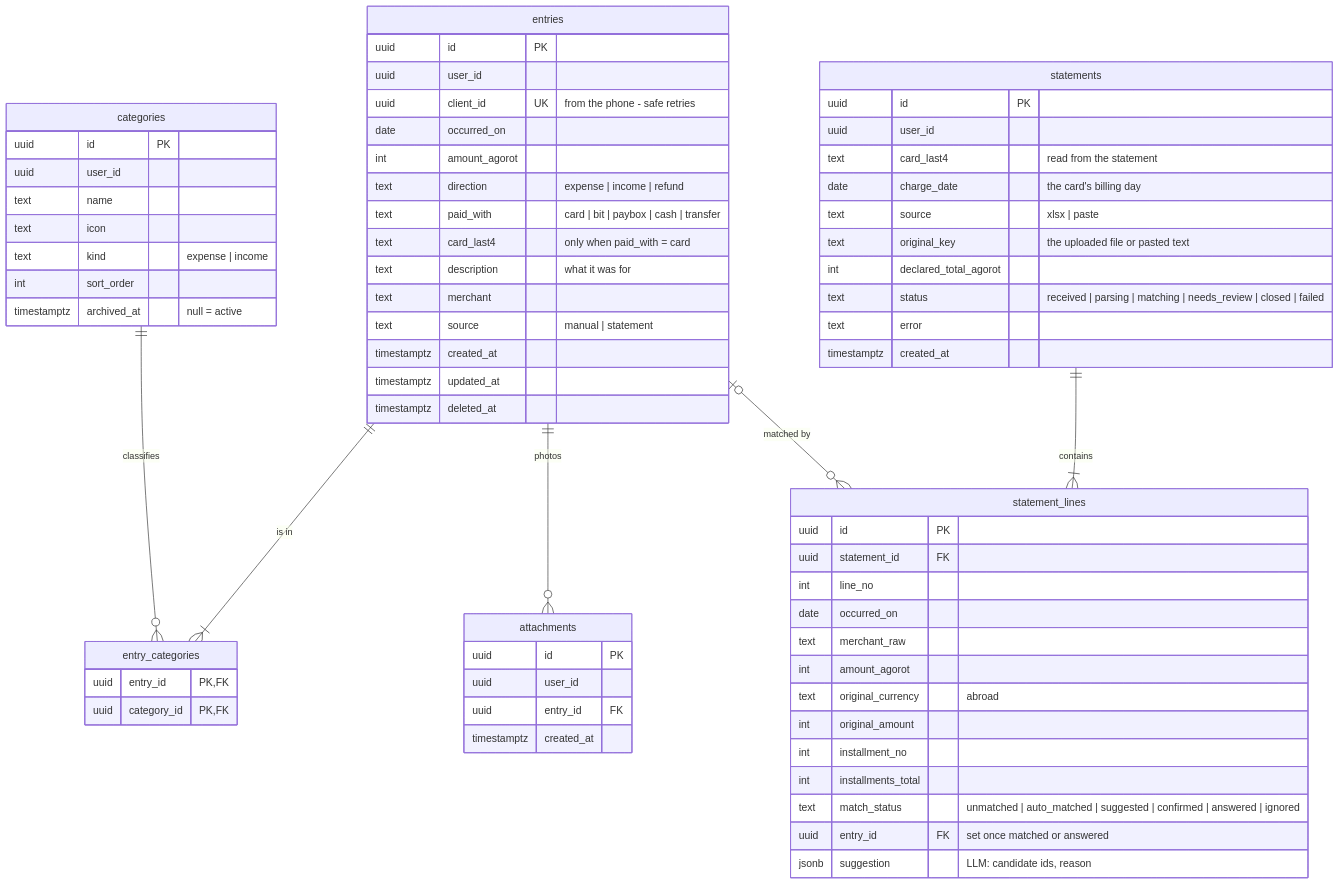
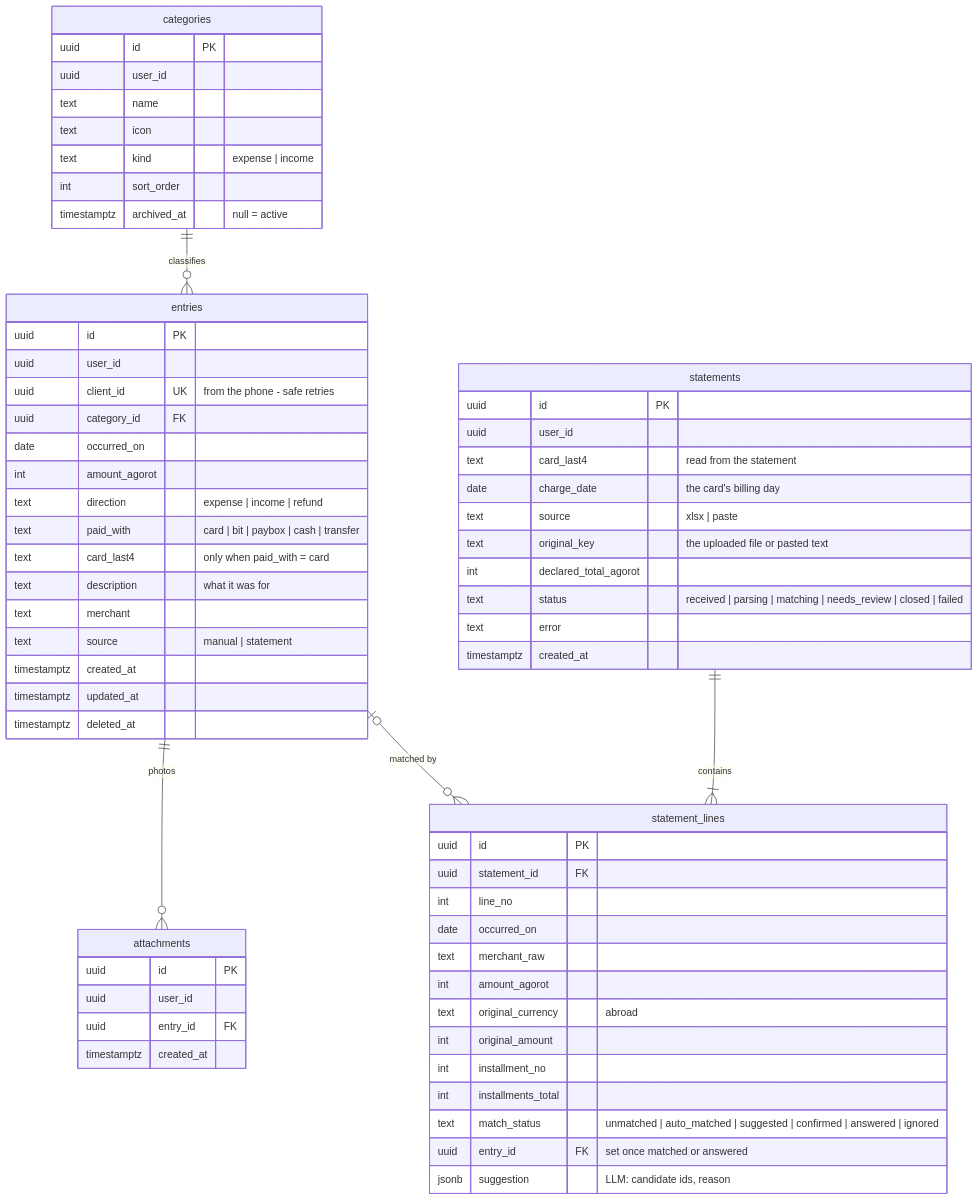
One commit to LidorElmakaies/personal-copilot changed the sixth of 7 diagrams in docs/plans/finance/README.md. Above: the diagram before and after it, drawn with Mermaid. The commit also changed other lines of this file and 33 other files, not shown here.

First line of the commit message:
Finance: optional sort, one required category per entry; frontend 0.6.0-test.32

````diff
--- a/docs/plans/finance/README.md
+++ b/docs/plans/finance/README.md
@@ -217,71 +217,67 @@
 ```mermaid
 erDiagram
-  categories ||--o{ entry_categories : "classifies"
-  entries ||--|{ entry_categories : "is in"
+  categories ||--o{ entries : "classifies"
   statements ||--|{ statement_lines : "contains"
   entries ||--o{ attachments : "photos"
   entries |o--o{ statement_lines : "matched by"
 
   categories {
     uuid id PK
     uuid user_id
     text name
     text icon
     text kind "expense | income"
     int sort_order
     timestamptz archived_at "null = active"
   }
   entries {
     uuid id PK
     uuid user_id
     uuid client_id UK "from the phone - safe retries"
+    uuid category_id FK
     date occurred_on
     int amount_agorot
     text direction "expense | income | refund"
     text paid_with "card | bit | paybox | cash | transfer"
     text card_last4 "only when paid_with = card"
     text description "what it was for"
     text merchant
     text source "manual | statement"
     timestamptz created_at
     timestamptz updated_at
     timestamptz deleted_at
-  }
-  entry_categories {
-    uuid entry_id PK, FK
-    uuid category_id PK, FK
   }
   attachments {
     uuid id PK
     uuid user_id
     uuid entry_id FK
     timestamptz created_at
   }
   statements {
     uuid id PK
     uuid user_id
     text card_last4 "read from the statement"
     date charge_date "the card's billing day"
     text source "xlsx | paste"
     text original_key "the uploaded file or pasted text"
     int declared_total_agorot
     text status "received | parsing | matching | needs_review | closed | failed"
     text error
     timestamptz created_at
   }
   statement_lines {
     uuid id PK
     uuid statement_id FK
     int line_no
     date occurred_on
     text merchant_raw
     int amount_agorot
     text original_currency "abroad"
     int original_amount
     int installment_no
     int installments_total
     text match_status "unmatched | auto_matched | suggested | confirmed | answered | ignored"
     uuid entry_id FK "set once matched or answered"
     jsonb suggestion "LLM: candidate ids, reason"
   }
 ```
````
